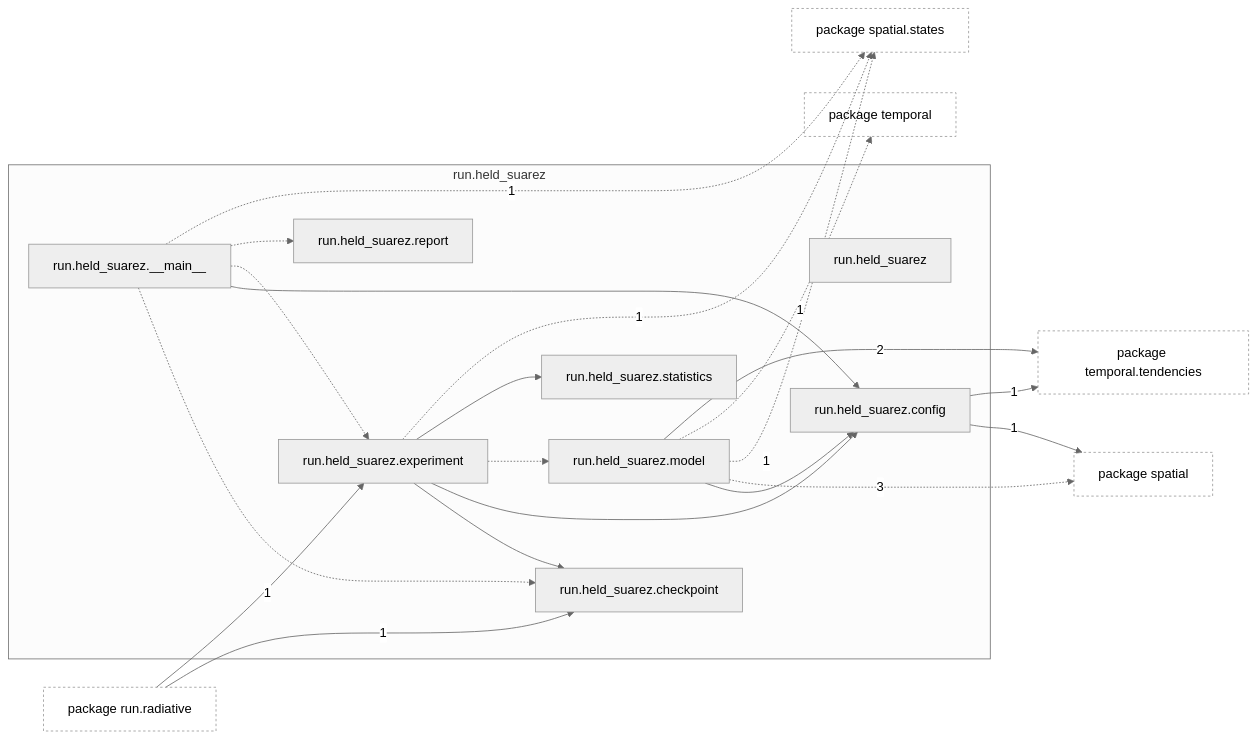
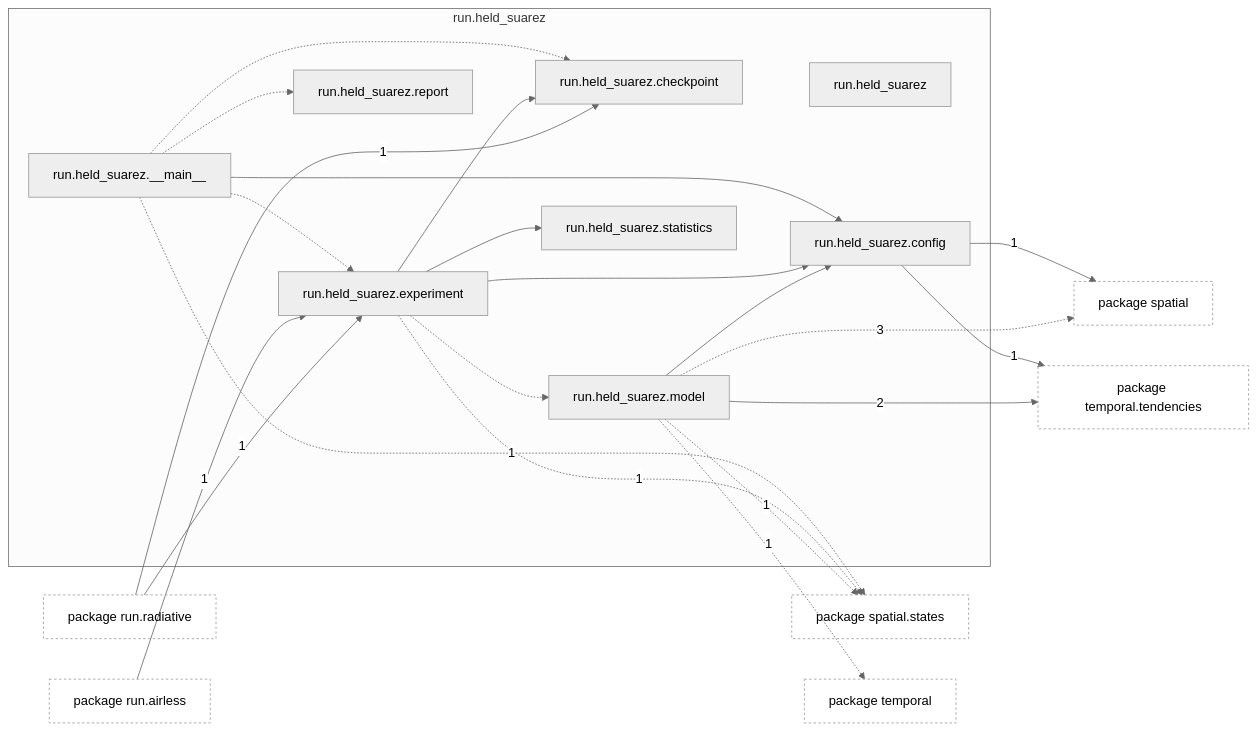
The first of 2 diagrams in docs/architecture/current/packages/tropoi.run.held_suarez.md (AlexandreEros/Palintropos), drawn with Mermaid (neutral theme) before and after one commit. The commit also changed 21 other files, not shown here.

First line of the commit message:
Declare the airless entry path; refresh the architecture snapshot

````diff
--- a/docs/architecture/current/packages/tropoi.run.held_suarez.md
+++ b/docs/architecture/current/packages/tropoi.run.held_suarez.md
@@ -26,45 +26,48 @@
 ```mermaid
 %% Generated by tools.architecture 2.3.0. Do not edit by hand.
 %% Modules of tropoi.run.held_suarez with imports in and out
 flowchart LR
     subgraph g_tropoi_orun_oheld__suarez["run.held#95;suarez"]
         n_tropoi_orun_oheld__suarez["run.held#95;suarez"]
         n_tropoi_orun_oheld__suarez_o____main____["run.held#95;suarez.#95;#95;main#95;#95;"]
         n_tropoi_orun_oheld__suarez_ocheckpoint["run.held#95;suarez.checkpoint"]
         n_tropoi_orun_oheld__suarez_oconfig["run.held#95;suarez.config"]
         n_tropoi_orun_oheld__suarez_oexperiment["run.held#95;suarez.experiment"]
         n_tropoi_orun_oheld__suarez_omodel["run.held#95;suarez.model"]
         n_tropoi_orun_oheld__suarez_oreport["run.held#95;suarez.report"]
         n_tropoi_orun_oheld__suarez_ostatistics["run.held#95;suarez.statistics"]
     end
+    p_tropoi_orun_oairless["package run.airless"]
     p_tropoi_orun_oradiative["package run.radiative"]
     p_tropoi_ospatial["package spatial"]
     p_tropoi_ospatial_ostates["package spatial.states"]
     p_tropoi_otemporal["package temporal"]
     p_tropoi_otemporal_otendencies["package temporal.tendencies"]
     n_tropoi_orun_oheld__suarez_o____main____ -.-> n_tropoi_orun_oheld__suarez_ocheckpoint
     n_tropoi_orun_oheld__suarez_o____main____ --> n_tropoi_orun_oheld__suarez_oconfig
     n_tropoi_orun_oheld__suarez_o____main____ -.-> n_tropoi_orun_oheld__suarez_oexperiment
     n_tropoi_orun_oheld__suarez_o____main____ -.-> n_tropoi_orun_oheld__suarez_oreport
     n_tropoi_orun_oheld__suarez_oexperiment --> n_tropoi_orun_oheld__suarez_ocheckpoint
     n_tropoi_orun_oheld__suarez_oexperiment --> n_tropoi_orun_oheld__suarez_oconfig
     n_tropoi_orun_oheld__suarez_oexperiment -.-> n_tropoi_orun_oheld__suarez_omodel
     n_tropoi_orun_oheld__suarez_oexperiment --> n_tropoi_orun_oheld__suarez_ostatistics
     n_tropoi_orun_oheld__suarez_omodel --> n_tropoi_orun_oheld__suarez_oconfig
+    p_tropoi_orun_oairless -->|1| n_tropoi_orun_oheld__suarez_oexperiment
     p_tropoi_orun_oradiative -->|1| n_tropoi_orun_oheld__suarez_ocheckpoint
     p_tropoi_orun_oradiative -->|1| n_tropoi_orun_oheld__suarez_oexperiment
     n_tropoi_orun_oheld__suarez_o____main____ -.->|1| p_tropoi_ospatial_ostates
     n_tropoi_orun_oheld__suarez_oconfig -->|1| p_tropoi_ospatial
     n_tropoi_orun_oheld__suarez_oconfig -->|1| p_tropoi_otemporal_otendencies
     n_tropoi_orun_oheld__suarez_oexperiment -.->|1| p_tropoi_ospatial_ostates
     n_tropoi_orun_oheld__suarez_omodel -.->|3| p_tropoi_ospatial
     n_tropoi_orun_oheld__suarez_omodel -.->|1| p_tropoi_ospatial_ostates
     n_tropoi_orun_oheld__suarez_omodel -.->|1| p_tropoi_otemporal
     n_tropoi_orun_oheld__suarez_omodel -->|2| p_tropoi_otemporal_otendencies
     classDef other fill:none,stroke-dasharray:3 3
+    class p_tropoi_orun_oairless other
     class p_tropoi_orun_oradiative other
     class p_tropoi_ospatial other
     class p_tropoi_ospatial_ostates other
     class p_tropoi_otemporal other
     class p_tropoi_otemporal_otendencies other
 ```
````
